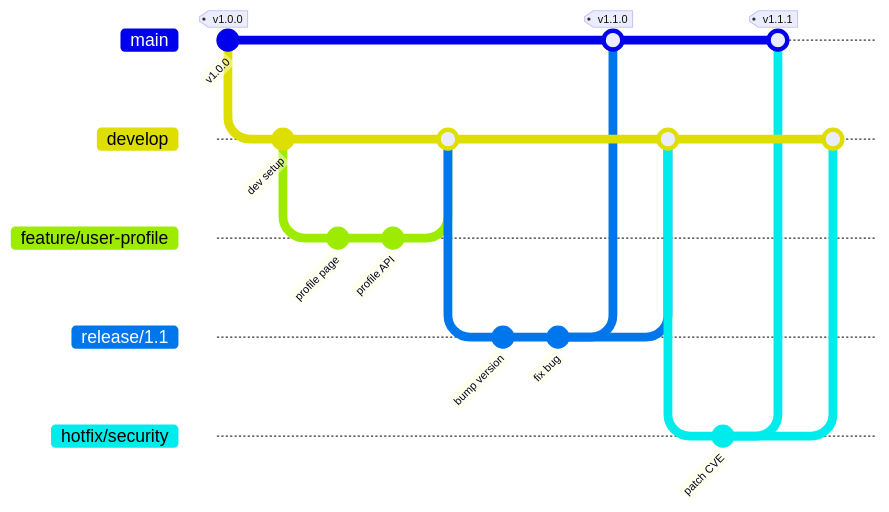
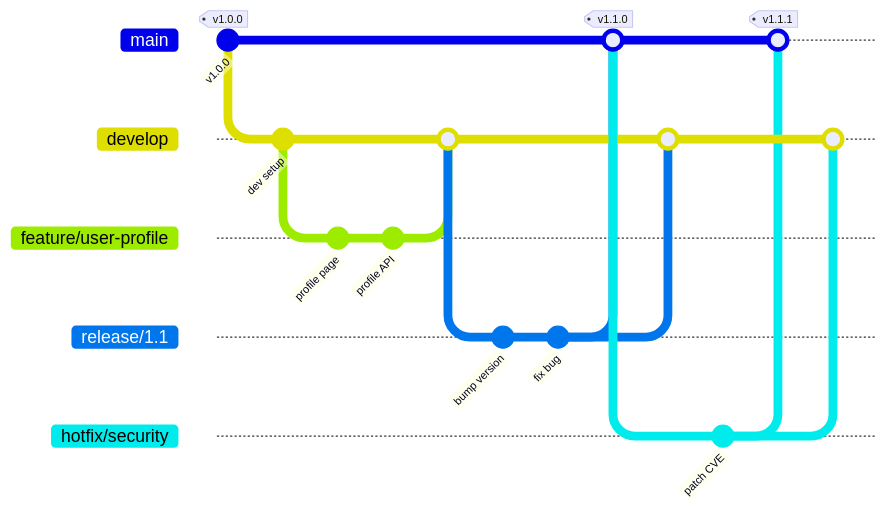
Before and after one commit to costa-marcello/repertoire: the seventh of 14 diagrams in skills/mermaid-diagrams/references/other-diagrams.md, drawn with Mermaid. The commit also changed other lines of this file and 12 other files, not shown here.

First line of the commit message:
Fix mermaid-diagrams examples that broke its own rules

````diff
--- a/skills/mermaid-diagrams/references/other-diagrams.md
+++ b/skills/mermaid-diagrams/references/other-diagrams.md
@@ -172,34 +176,35 @@
 ```mermaid
 gitGraph
     commit id: "v1.0.0" tag: "v1.0.0"
 
     branch develop
     checkout develop
     commit id: "dev setup"
 
     branch feature/user-profile
     commit id: "profile page"
     commit id: "profile API"
 
     checkout develop
     merge feature/user-profile
 
     branch release/1.1
     commit id: "bump version"
     commit id: "fix bug"
 
     checkout main
     merge release/1.1 tag: "v1.1.0"
 
     checkout develop
     merge release/1.1
 
+    checkout main
     branch hotfix/security
     commit id: "patch CVE"
 
     checkout main
     merge hotfix/security tag: "v1.1.1"
 
     checkout develop
     merge hotfix/security
 ```
````
